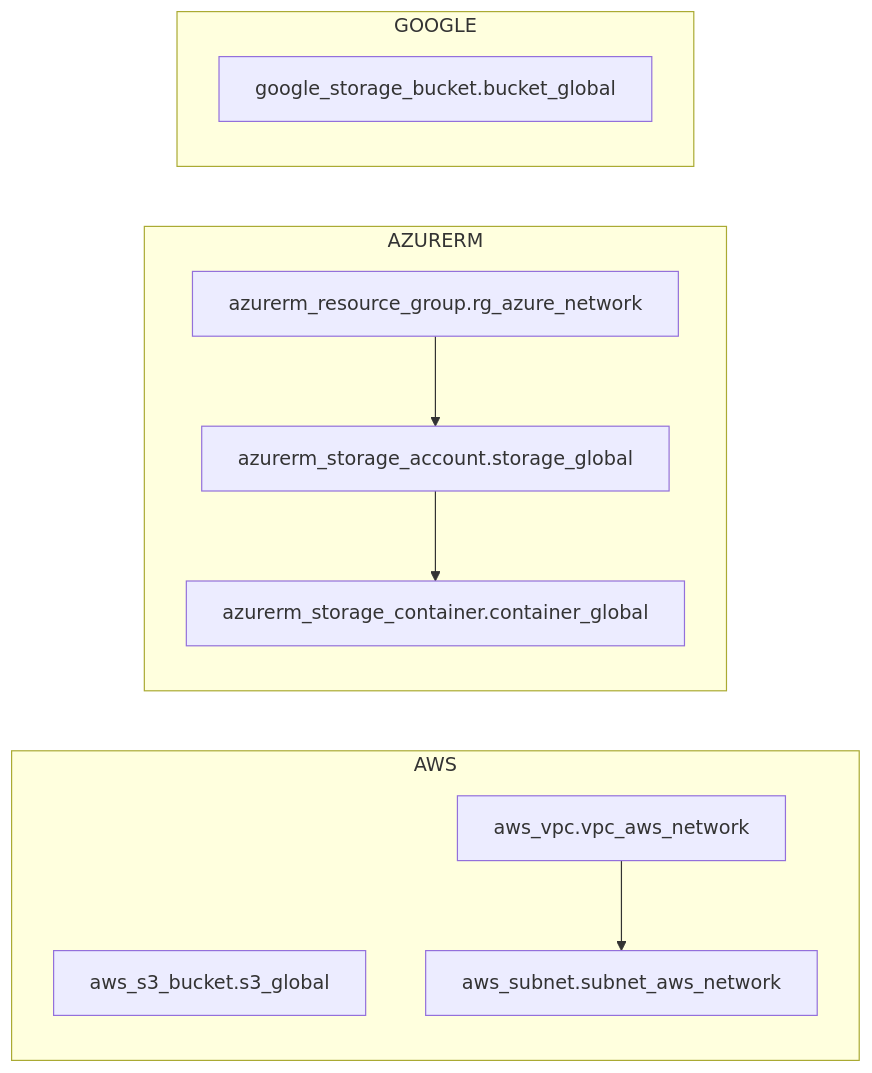
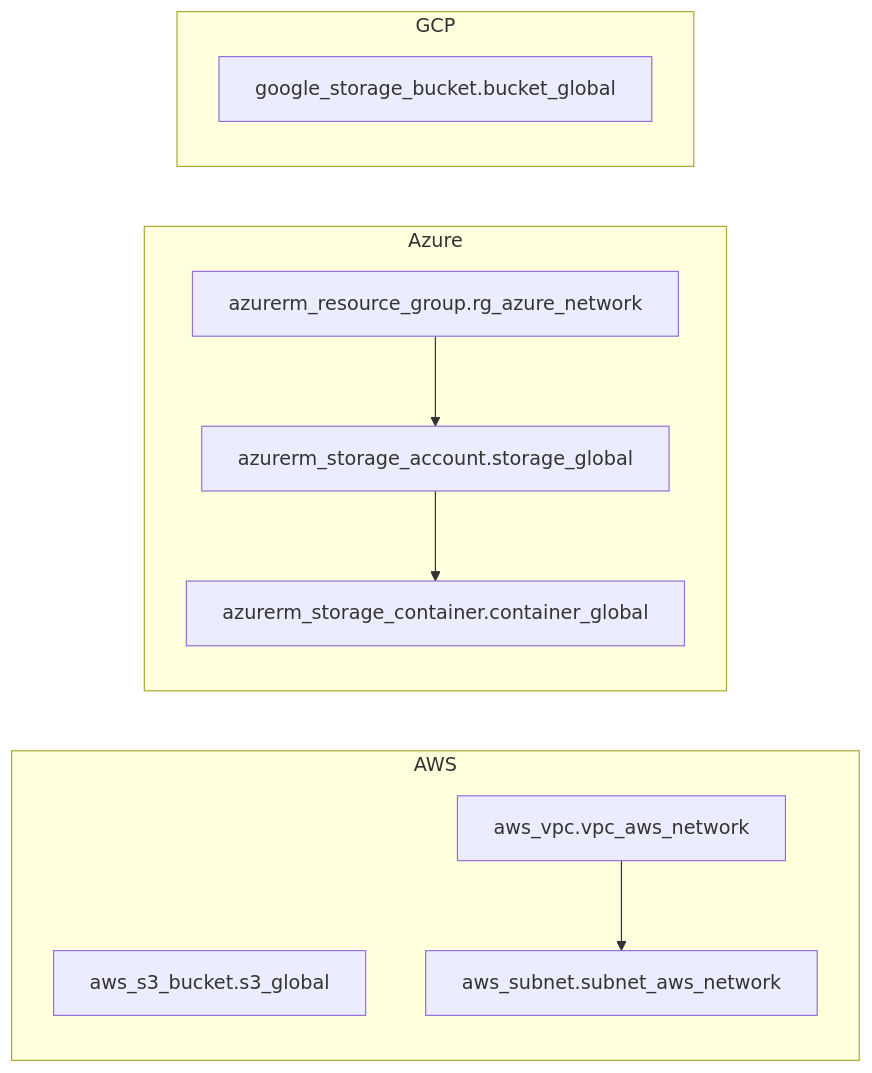
Before and after one commit to suryakumaran2611/auto-arch-diagram: the diagram in examples/terraform/mlops-multi-cloud/architecture-diagram.md, drawn with Mermaid. The commit also changed 53 other files, not shown here.

First line of the commit message:
Update architecture diagrams and add dynamic icon mapping tools

````diff
--- a/examples/terraform/mlops-multi-cloud/architecture-diagram.md
+++ b/examples/terraform/mlops-multi-cloud/architecture-diagram.md
@@ -7,19 +7,19 @@
 ```mermaid
 flowchart LR
 subgraph AWS[AWS]
   tf_aws_s3_bucket_s3_global["aws_s3_bucket.s3_global"]
   tf_aws_subnet_subnet_aws_network["aws_subnet.subnet_aws_network"]
   tf_aws_vpc_vpc_aws_network["aws_vpc.vpc_aws_network"]
 end
-subgraph AZURERM[AZURERM]
+subgraph Azure[Azure]
   tf_azurerm_resource_group_rg_azure_network["azurerm_resource_group.rg_azure_network"]
   tf_azurerm_storage_account_storage_global["azurerm_storage_account.storage_global"]
   tf_azurerm_storage_container_container_global["azurerm_storage_container.container_global"]
 end
-subgraph GOOGLE[GOOGLE]
+subgraph GCP[GCP]
   tf_google_storage_bucket_bucket_global["google_storage_bucket.bucket_global"]
 end
 tf_aws_vpc_vpc_aws_network --> tf_aws_subnet_subnet_aws_network
 tf_azurerm_resource_group_rg_azure_network --> tf_azurerm_storage_account_storage_global
 tf_azurerm_storage_account_storage_global --> tf_azurerm_storage_container_container_global
 ```
````
